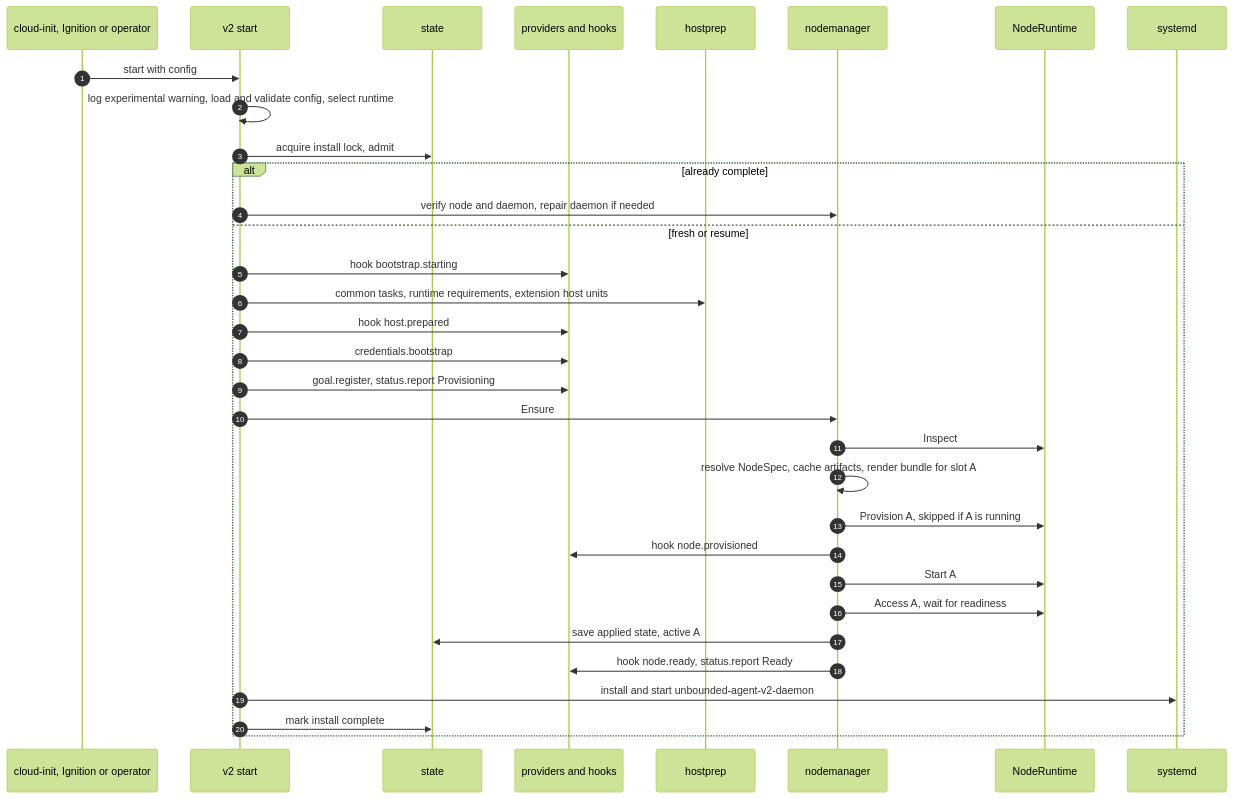
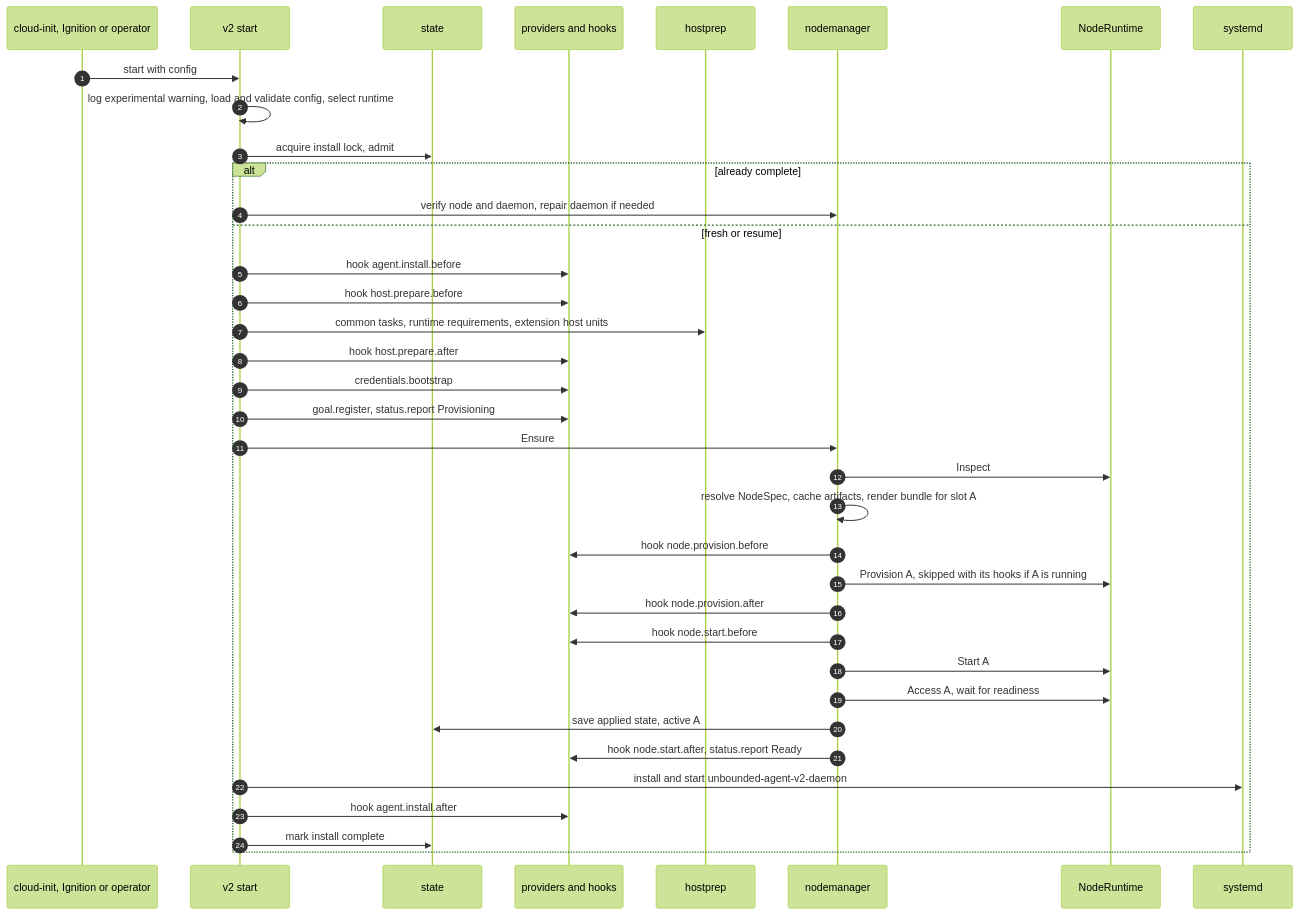
Before and after one commit to Azure/unbounded: the third of 13 diagrams in designs/agent-v2.md, drawn with Mermaid (forest theme). The commit also changed other lines of this file, not shown here.

First line of the commit message:
designs: rename agent v2 lifecycle events to <subject>.<state>.<before|after>

````diff
--- a/designs/agent-v2.md
+++ b/designs/agent-v2.md
@@ -912,35 +973,39 @@
 ```mermaid
 sequenceDiagram
   autonumber
   participant Op as cloud-init, Ignition or operator
   participant CLI as v2 start
   participant St as state
   participant Px as providers and hooks
   participant HP as hostprep
   participant NM as nodemanager
   participant RT as NodeRuntime
   participant SD as systemd
   Op->>CLI: start with config
   CLI->>CLI: log experimental warning, load and validate config, select runtime
   CLI->>St: acquire install lock, admit
   alt already complete
     CLI->>NM: verify node and daemon, repair daemon if needed
   else fresh or resume
-    CLI->>Px: hook bootstrap.starting
+    CLI->>Px: hook agent.install.before
+    CLI->>Px: hook host.prepare.before
     CLI->>HP: common tasks, runtime requirements, extension host units
-    CLI->>Px: hook host.prepared
+    CLI->>Px: hook host.prepare.after
     CLI->>Px: credentials.bootstrap
     CLI->>Px: goal.register, status.report Provisioning
     CLI->>NM: Ensure
     NM->>RT: Inspect
     NM->>NM: resolve NodeSpec, cache artifacts, render bundle for slot A
-    NM->>RT: Provision A, skipped if A is running
-    NM->>Px: hook node.provisioned
+    NM->>Px: hook node.provision.before
+    NM->>RT: Provision A, skipped with its hooks if A is running
+    NM->>Px: hook node.provision.after
+    NM->>Px: hook node.start.before
     NM->>RT: Start A
     NM->>RT: Access A, wait for readiness
     NM->>St: save applied state, active A
-    NM->>Px: hook node.ready, status.report Ready
+    NM->>Px: hook node.start.after, status.report Ready
     CLI->>SD: install and start unbounded-agent-v2-daemon
+    CLI->>Px: hook agent.install.after
     CLI->>St: mark install complete
   end
 ```
````
